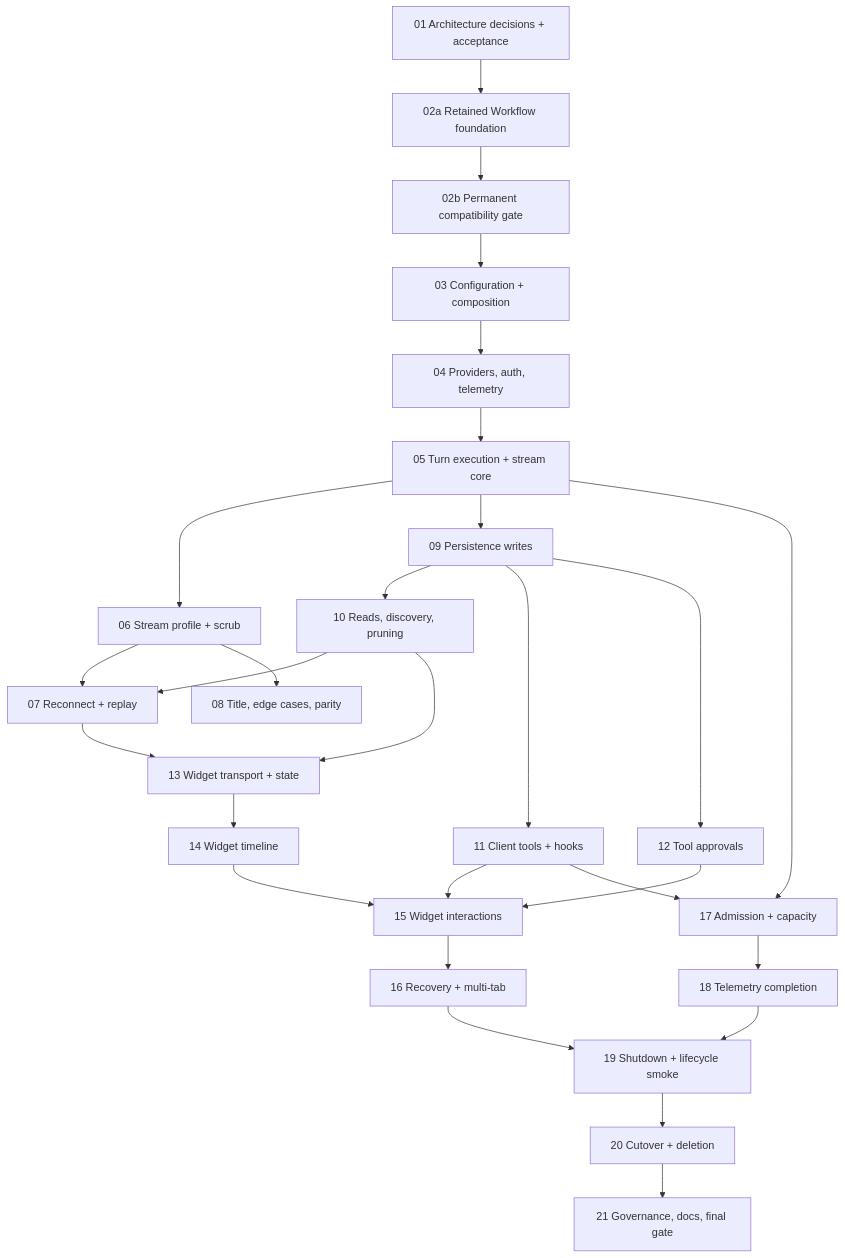
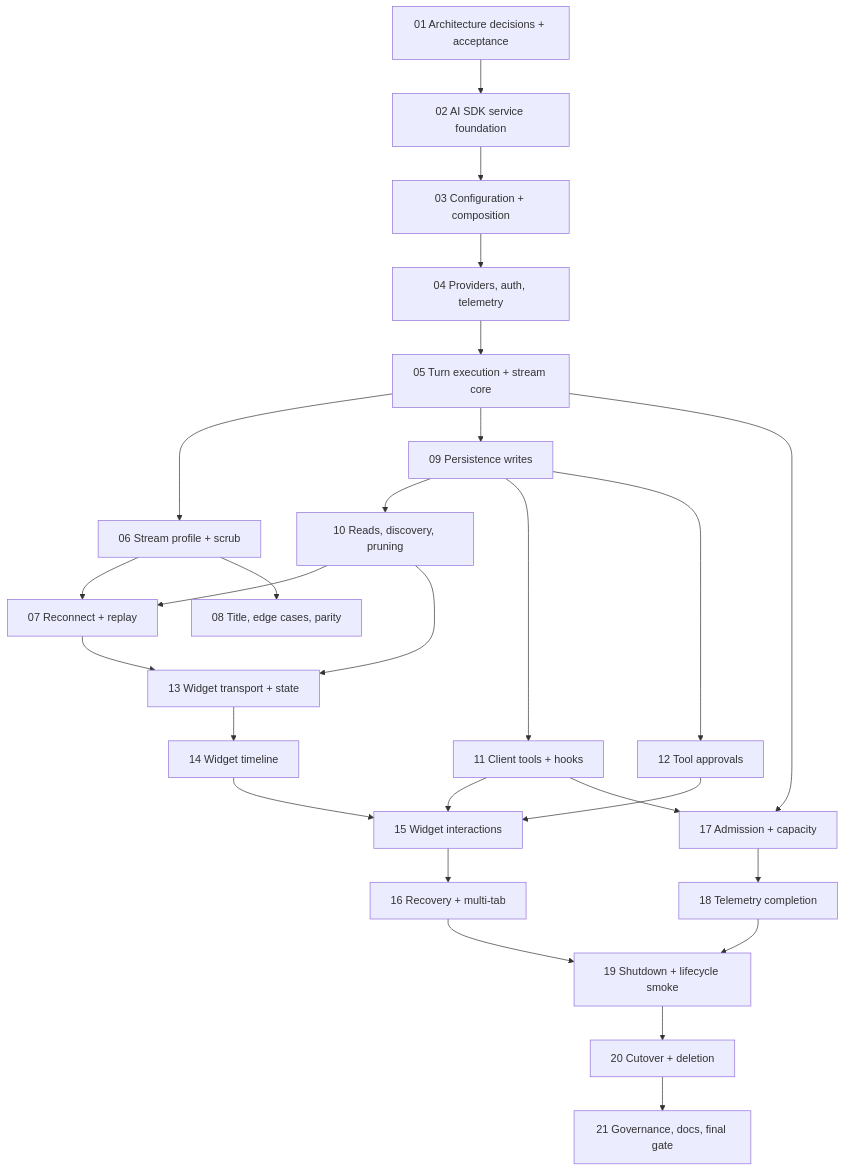
The diagram in plan/v7/README.md (serhiihaniuk/chat), drawn with Mermaid before and after one commit. The commit also changed other lines of this file and 49 other files, not shown here.

````diff
--- a/plan/v7/README.md
+++ b/plan/v7/README.md
@@ -34,30 +34,29 @@
 ```mermaid
 flowchart TD
-  S1["01 Architecture decisions + acceptance"] --> S2A["02a Retained Workflow foundation"]
-  S2A --> S2B["02b Permanent compatibility gate"]
-  S2B --> S3["03 Configuration + composition"]
+  S1["01 Architecture decisions + acceptance"] --> S2["02 AI SDK service foundation"]
+  S2 --> S3["03 Configuration + composition"]
   S3 --> S4["04 Providers, auth, telemetry"]
   S4 --> S5["05 Turn execution + stream core"]
   S5 --> S6["06 Stream profile + scrub"]
   S5 --> S9["09 Persistence writes"]
   S6 --> S7["07 Reconnect + replay"]
   S6 --> S8["08 Title, edge cases, parity"]
   S9 --> S10["10 Reads, discovery, pruning"]
   S10 --> S7
   S9 --> S11["11 Client tools + hooks"]
   S9 --> S12["12 Tool approvals"]
   S7 --> S13["13 Widget transport + state"]
   S10 --> S13
   S13 --> S14["14 Widget timeline"]
   S11 --> S15["15 Widget interactions"]
   S12 --> S15
   S14 --> S15
   S15 --> S16["16 Recovery + multi-tab"]
   S5 --> S17["17 Admission + capacity"]
   S11 --> S17
   S17 --> S18["18 Telemetry completion"]
   S16 --> S19["19 Shutdown + lifecycle smoke"]
   S18 --> S19
   S19 --> S20["20 Cutover + deletion"]
   S20 --> S21["21 Governance, docs, final gate"]
 ```
````
